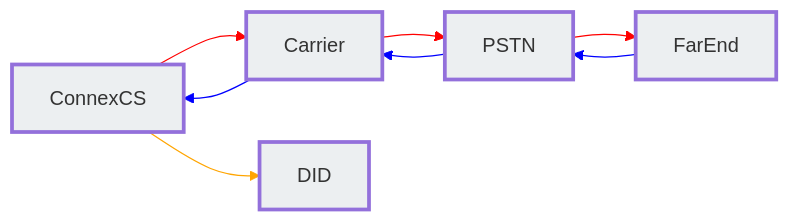
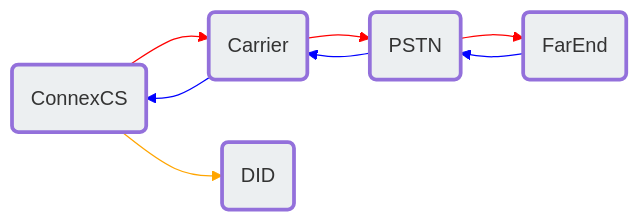
Before and after one commit to connexcs/docs: the diagram in docs/circuit-test.md, drawn with Mermaid. The commit also changed other lines of this file, not shown here.

Commit message:
Update circuit-test.md
updating flow

````diff
--- a/docs/circuit-test.md
+++ b/docs/circuit-test.md
@@ -6,16 +7,16 @@
 ```mermaid
 graph LR
-ConnexCS --> Carrier --> PSTN --> FarEnd --> PSTN --> Carrier--> ConnexCS -->DID
-style ConnexCS fill:#ECEFF1,stroke:#red,stroke-width:3px
-style Carrier fill:#ECEFF1,stroke:#red,stroke-width:3px
-style PSTN fill:#ECEFF1,stroke:#red,stroke-width:3px
-style FarEnd fill:#ECEFF1,stroke:#red,stroke-width:3px
-style DID fill:#ECEFF1,stroke:#red,stroke-width:3px
+A[ConnexCS] --> B(Carrier) --> C(PSTN) --> D(FarEnd) --> C(PSTN) --> B(Carrier)--> A(ConnexCS) -->E(DID)
+style A fill:#ECEFF1,stroke:#red,stroke-width:3px
+style B fill:#ECEFF1,stroke:#red,stroke-width:3px
+style C fill:#ECEFF1,stroke:#red,stroke-width:3px
+style D fill:#ECEFF1,stroke:#red,stroke-width:3px
+style E fill:#ECEFF1,stroke:#red,stroke-width:3px
 linkStyle 0 stroke:red
 linkStyle 1 stroke:red
 linkStyle 2 stroke:red
 linkStyle 3 stroke:blue
 linkStyle 4 stroke:blue
 linkStyle 5 stroke:blue
 linkStyle 6 stroke:orange
 ```
````
